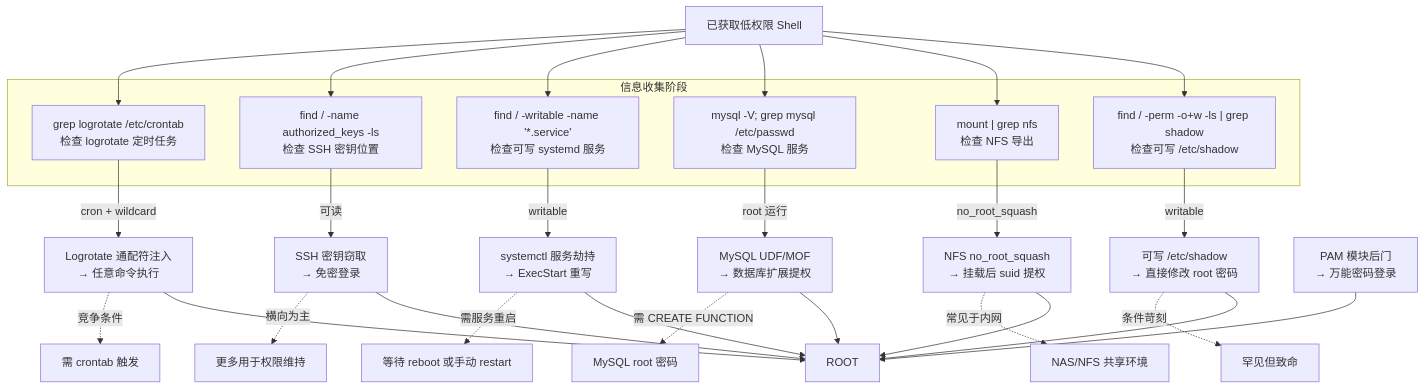
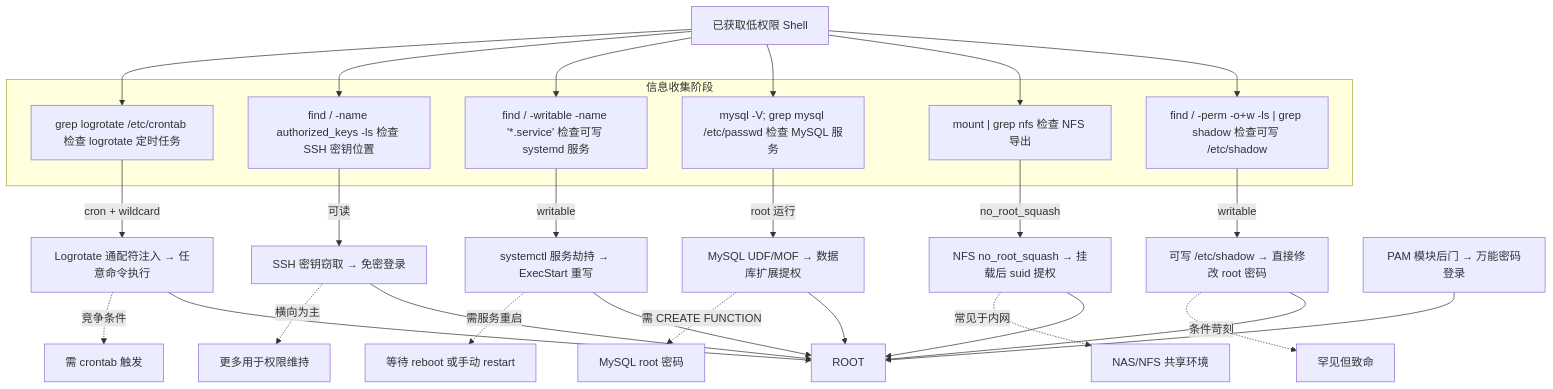
One commit to congliang/congliang.github.io changed the diagram in source/_posts/Linux-privesc-services.md. Above: the diagram before and after it, drawn with Mermaid. The commit also changed other lines of this file and 139 other files, not shown here.

````diff
--- a/source/_posts/Linux-privesc-services.md
+++ b/source/_posts/Linux-privesc-services.md
@@ -21,43 +21,43 @@
 ```mermaid
 flowchart TD
     START["已获取低权限 Shell"]
 
     subgraph CHECK["信息收集阶段"]
-        A1["find / -perm -o+w -ls | grep shadow<br>检查可写 /etc/shadow"]
-        A2["mount | grep nfs<br>检查 NFS 导出"]
-        A3["mysql -V; grep mysql /etc/passwd<br>检查 MySQL 服务"]
-        A4["find / -writable -name '*.service'<br>检查可写 systemd 服务"]
-        A5["find / -name authorized_keys -ls<br>检查 SSH 密钥位置"]
-        A6["grep logrotate /etc/crontab<br>检查 logrotate 定时任务"]
+        A1["find / -perm -o+w -ls | grep shadow 检查可写 /etc/shadow"]
+        A2["mount | grep nfs 检查 NFS 导出"]
+        A3["mysql -V; grep mysql /etc/passwd 检查 MySQL 服务"]
+        A4["find / -writable -name '*.service' 检查可写 systemd 服务"]
+        A5["find / -name authorized_keys -ls 检查 SSH 密钥位置"]
+        A6["grep logrotate /etc/crontab 检查 logrotate 定时任务"]
     end
 
     START --> A1
     START --> A2
     START --> A3
     START --> A4
     START --> A5
     START --> A6
 
-    A1 -->|"writable"| SHADOW["可写 /etc/shadow<br>→ 直接修改 root 密码"]
-    A2 -->|"no_root_squash"| NFS["NFS no_root_squash<br>→ 挂载后 suid 提权"]
-    A3 -->|"root 运行"| MYSQL["MySQL UDF/MOF<br>→ 数据库扩展提权"]
-    A4 -->|"writable"| SYSTEMCTL["systemctl 服务劫持<br>→ ExecStart 重写"]
-    A5 -->|"可读"| SSH["SSH 密钥窃取<br>→ 免密登录"]
-    A6 -->|"cron + wildcard"| LOGROTATE["Logrotate 通配符注入<br>→ 任意命令执行"]
-    A7["PAM 模块后门<br>→ 万能密码登录"]
+    A1 -->|"writable"| SHADOW["可写 /etc/shadow → 直接修改 root 密码"]
+    A2 -->|"no_root_squash"| NFS["NFS no_root_squash → 挂载后 suid 提权"]
+    A3 -->|"root 运行"| MYSQL["MySQL UDF/MOF → 数据库扩展提权"]
+    A4 -->|"writable"| SYSTEMCTL["systemctl 服务劫持 → ExecStart 重写"]
+    A5 -->|"可读"| SSH["SSH 密钥窃取 → 免密登录"]
+    A6 -->|"cron + wildcard"| LOGROTATE["Logrotate 通配符注入 → 任意命令执行"]
+    A7["PAM 模块后门 → 万能密码登录"]
 
     SHADOW --> ROOT["ROOT"]
     NFS --> ROOT
     MYSQL --> ROOT
     SYSTEMCTL --> ROOT
     SSH --> ROOT
     LOGROTATE --> ROOT
     A7 --> ROOT
 
     SHADOW -.->|"条件苛刻"| NOTE1["罕见但致命"]
     NFS -.->|"常见于内网"| NOTE2["NAS/NFS 共享环境"]
     MYSQL -.->|"需 CREATE FUNCTION"| NOTE3["MySQL root 密码"]
     SYSTEMCTL -.->|"需服务重启"| NOTE4["等待 reboot 或手动 restart"]
     SSH -.->|"横向为主"| NOTE5["更多用于权限维持"]
     LOGROTATE -.->|"竞争条件"| NOTE6["需 crontab 触发"]
 ```
````
